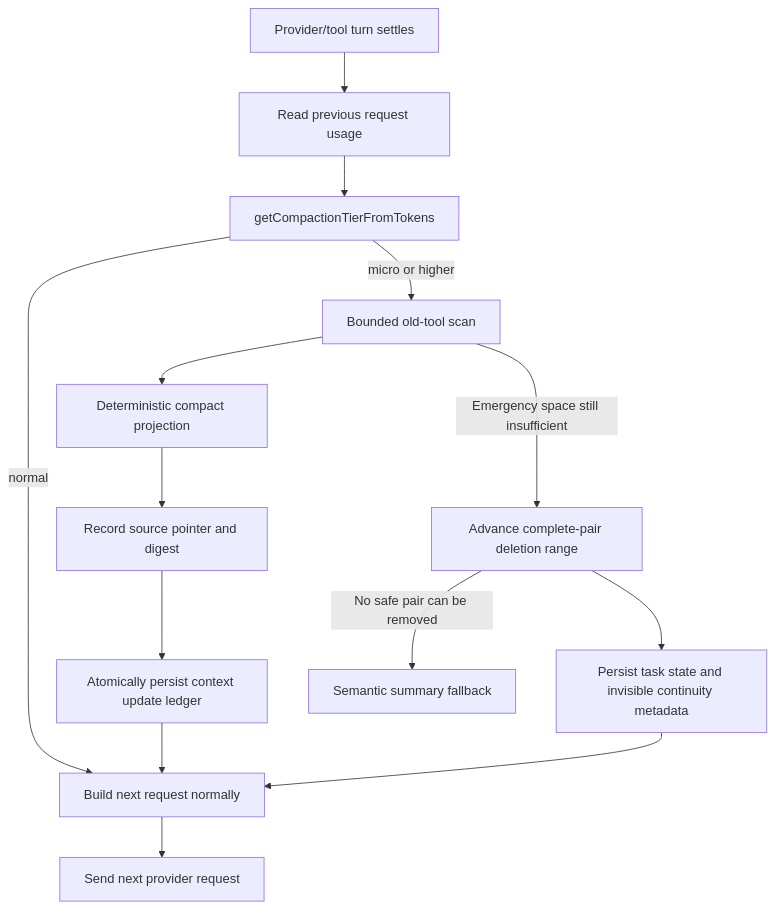
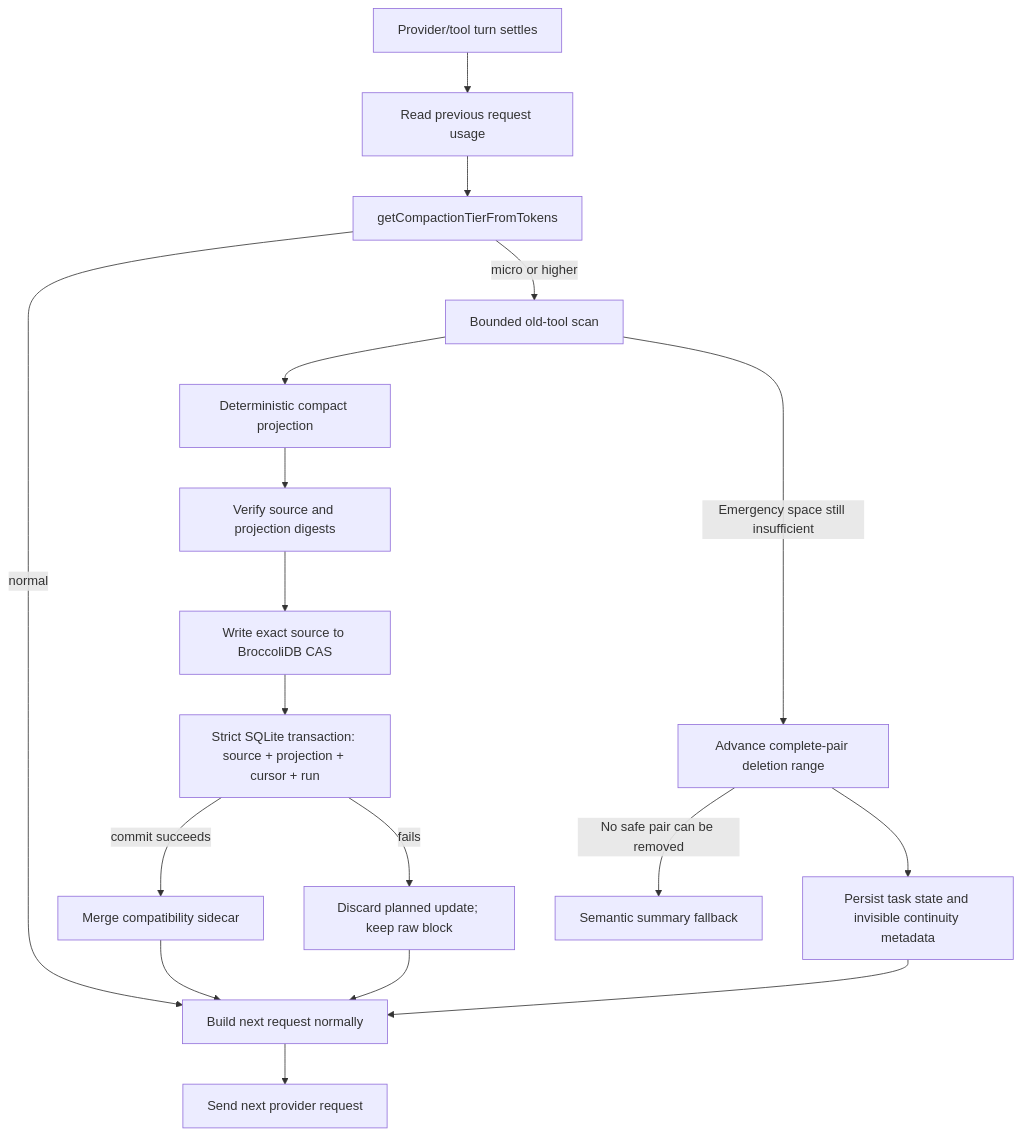
Before and after one commit to CardSorting/DietCodeMarie: the diagram in .wiki/recoverable-context-compaction.md, drawn with Mermaid. The commit also changed other lines of this file and 49 other files, not shown here.

First line of the commit message:
feat(context): integrate BroccoliDB recoverable context compaction and publication barrier

````diff
--- a/.wiki/recoverable-context-compaction.md
+++ b/.wiki/recoverable-context-compaction.md
@@ -80,16 +87,20 @@
 ```mermaid
 flowchart TD
     A[Provider/tool turn settles] --> B[Read previous request usage]
     B --> C[getCompactionTierFromTokens]
     C -->|normal| H[Build next request normally]
     C -->|micro or higher| D[Bounded old-tool scan]
     D --> E[Deterministic compact projection]
-    E --> F[Record source pointer and digest]
-    F --> G[Atomically persist context update ledger]
-    G --> H
+    E --> F[Verify source and projection digests]
+    F --> G[Write exact source to BroccoliDB CAS]
+    G --> Q[Strict SQLite transaction: source + projection + cursor + run]
+    Q -->|commit succeeds| R[Merge compatibility sidecar]
+    R --> H
+    Q -->|fails| U[Discard planned update; keep raw block]
+    U --> H
     H --> I[Send next provider request]
     D -->|Emergency space still insufficient| J[Advance complete-pair deletion range]
     J --> K[Persist task state and invisible continuity metadata]
     K --> H
     J -->|No safe pair can be removed| L[Semantic summary fallback]
 ```
````
